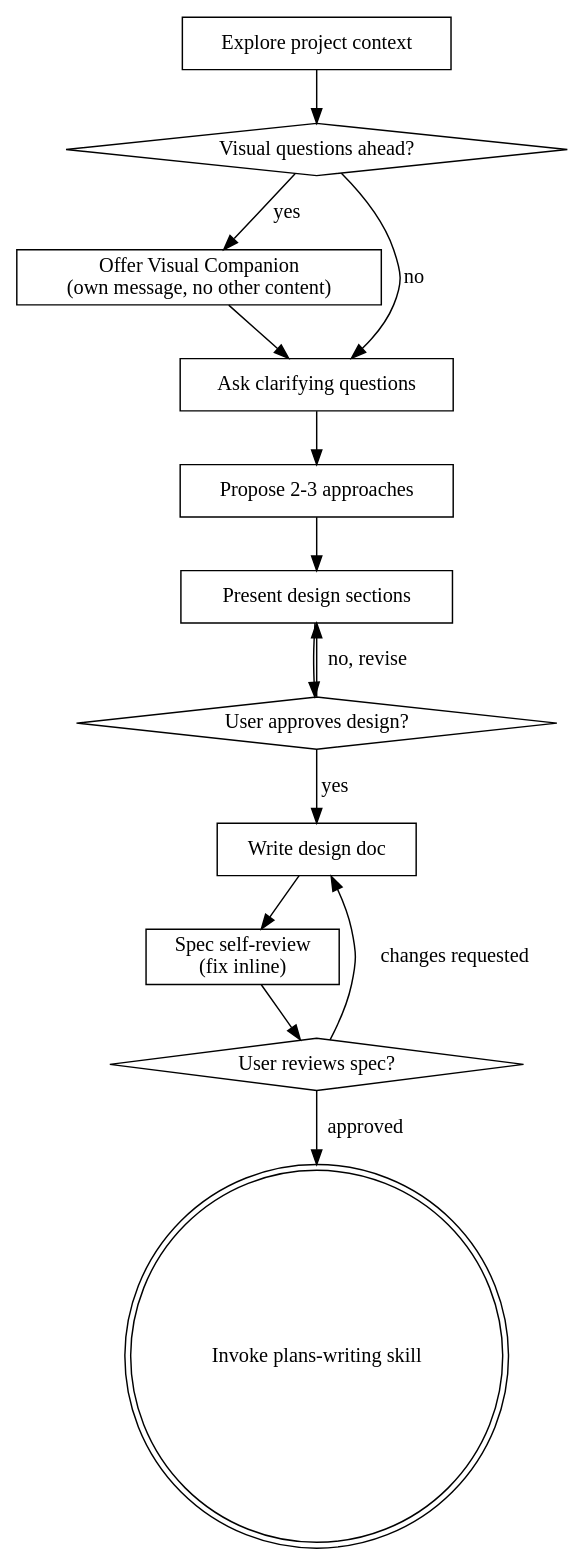
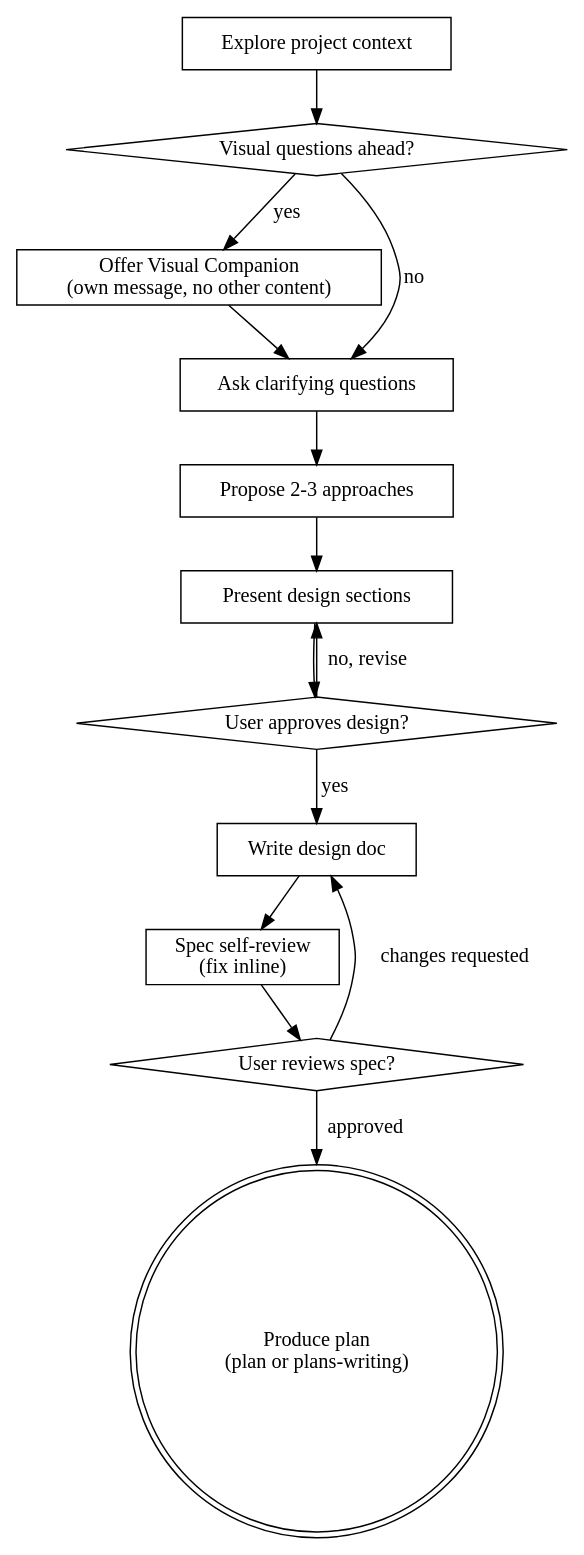
Before and after one commit to F0rty-Tw0/.claude: the diagram in skills/brainstorming/SKILL.md, drawn with Graphviz. The commit also changed other lines of this file and 7 other files, not shown here.

First line of the commit message:
feat(skills)!: ✨ add unified `flow` skill for end-to-end SDLC management

````diff
--- a/skills/brainstorming/SKILL.md
+++ b/skills/brainstorming/SKILL.md
@@ -36,29 +36,29 @@
 ```dot
 digraph brainstorming {
     "Explore project context" [shape=box];
     "Visual questions ahead?" [shape=diamond];
     "Offer Visual Companion\n(own message, no other content)" [shape=box];
     "Ask clarifying questions" [shape=box];
     "Propose 2-3 approaches" [shape=box];
     "Present design sections" [shape=box];
     "User approves design?" [shape=diamond];
     "Write design doc" [shape=box];
     "Spec self-review\n(fix inline)" [shape=box];
     "User reviews spec?" [shape=diamond];
-    "Invoke plans-writing skill" [shape=doublecircle];
+    "Produce plan\n(plan or plans-writing)" [shape=doublecircle];
 
     "Explore project context" -> "Visual questions ahead?";
     "Visual questions ahead?" -> "Offer Visual Companion\n(own message, no other content)" [label="yes"];
     "Visual questions ahead?" -> "Ask clarifying questions" [label="no"];
     "Offer Visual Companion\n(own message, no other content)" -> "Ask clarifying questions";
     "Ask clarifying questions" -> "Propose 2-3 approaches";
     "Propose 2-3 approaches" -> "Present design sections";
     "Present design sections" -> "User approves design?";
     "User approves design?" -> "Present design sections" [label="no, revise"];
     "User approves design?" -> "Write design doc" [label="yes"];
     "Write design doc" -> "Spec self-review\n(fix inline)";
     "Spec self-review\n(fix inline)" -> "User reviews spec?";
     "User reviews spec?" -> "Write design doc" [label="changes requested"];
-    "User reviews spec?" -> "Invoke plans-writing skill" [label="approved"];
+    "User reviews spec?" -> "Produce plan\n(plan or plans-writing)" [label="approved"];
 }
 ```
````
